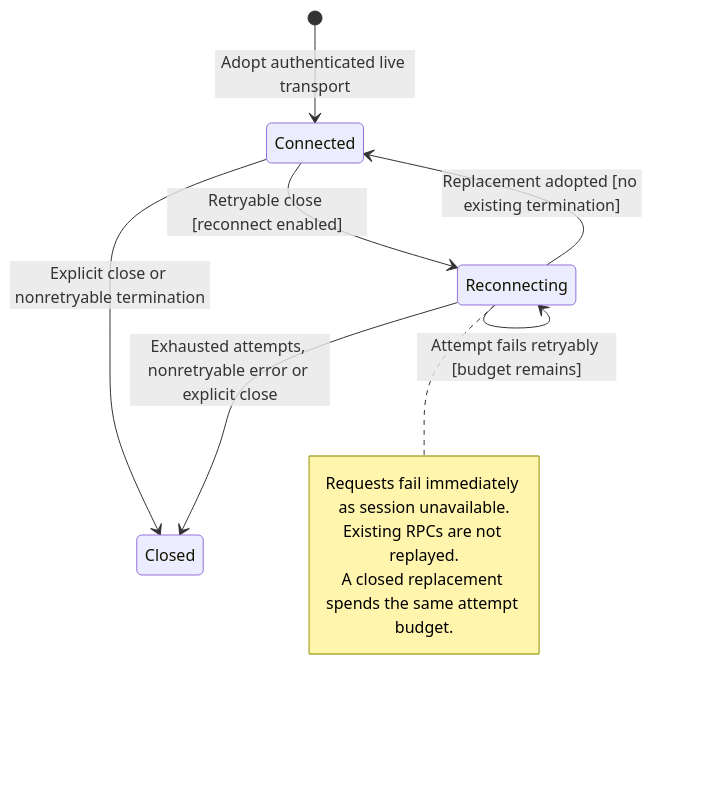
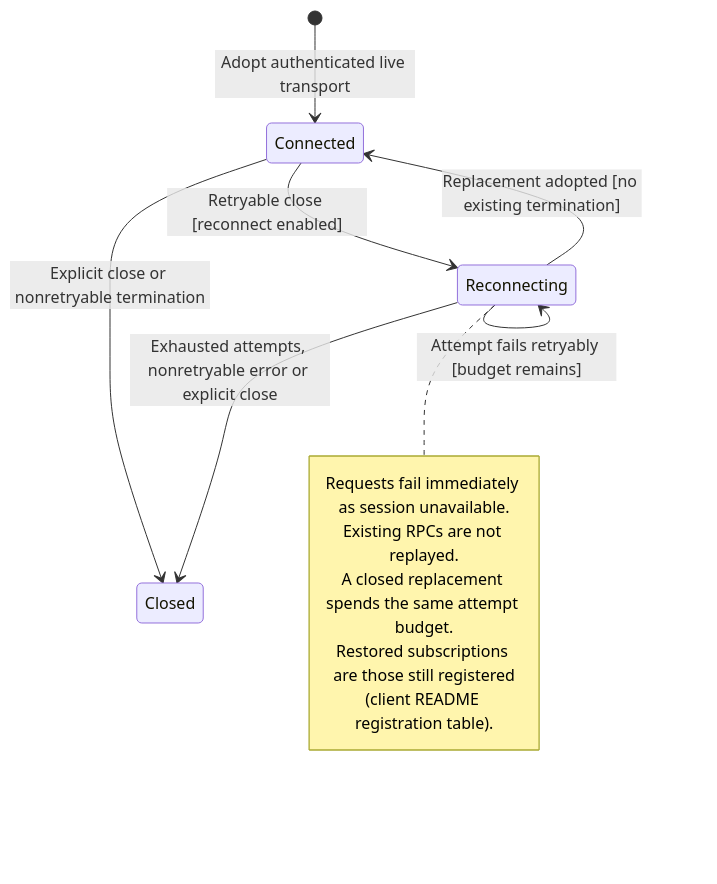
Before and after one commit to nessalabs/nessa-agent: the diagram in docs/state/services/client/connection.md, drawn with Mermaid. The commit also changed 4 other files, not shown here.

````diff
--- a/docs/state/services/client/connection.md
+++ b/docs/state/services/client/connection.md
@@ -23,14 +23,16 @@
 ```mermaid
 stateDiagram-v2
     [*] --> Connected: Adopt authenticated live transport
     Connected --> Reconnecting: Retryable close [reconnect enabled]
     Connected --> Closed: Explicit close or nonretryable termination
     Reconnecting --> Reconnecting: Attempt fails retryably [budget remains]
     Reconnecting --> Connected: Replacement adopted [no existing termination]
     Reconnecting --> Closed: Exhausted attempts, nonretryable error or explicit close
     note right of Reconnecting
         Requests fail immediately as session unavailable.
         Existing RPCs are not replayed.
         A closed replacement spends the same attempt budget.
+        Restored subscriptions are those still registered
+        (client README registration table).
     end note
 ```
````
